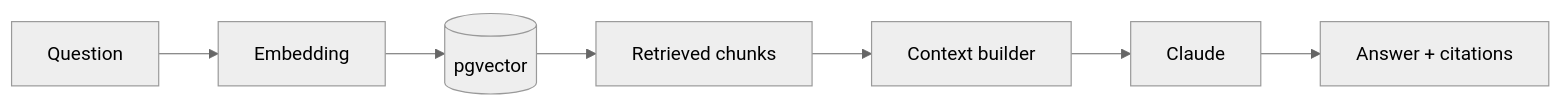
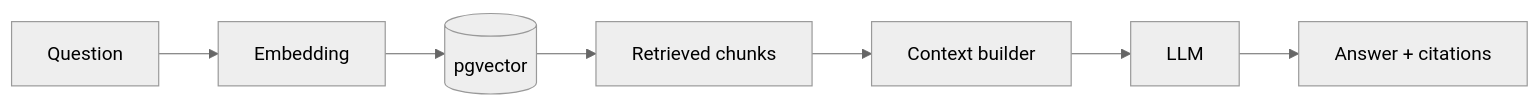
Before and after one commit to NatureHawk/Devpilot: the fourth of 6 diagrams in README.md, drawn with Mermaid (neutral theme). The commit also changed other lines of this file and 10 other files, not shown here.

````diff
--- a/README.md
+++ b/README.md
@@ -290,9 +388,9 @@
 ```mermaid
 flowchart LR
     Q["Question"] --> E["Embedding"]
     E --> V[("pgvector")]
     V --> R["Retrieved chunks"]
     R --> C["Context builder"]
-    C --> L["Claude"]
+    C --> L["LLM"]
     L --> A["Answer + citations"]
 ```
````
